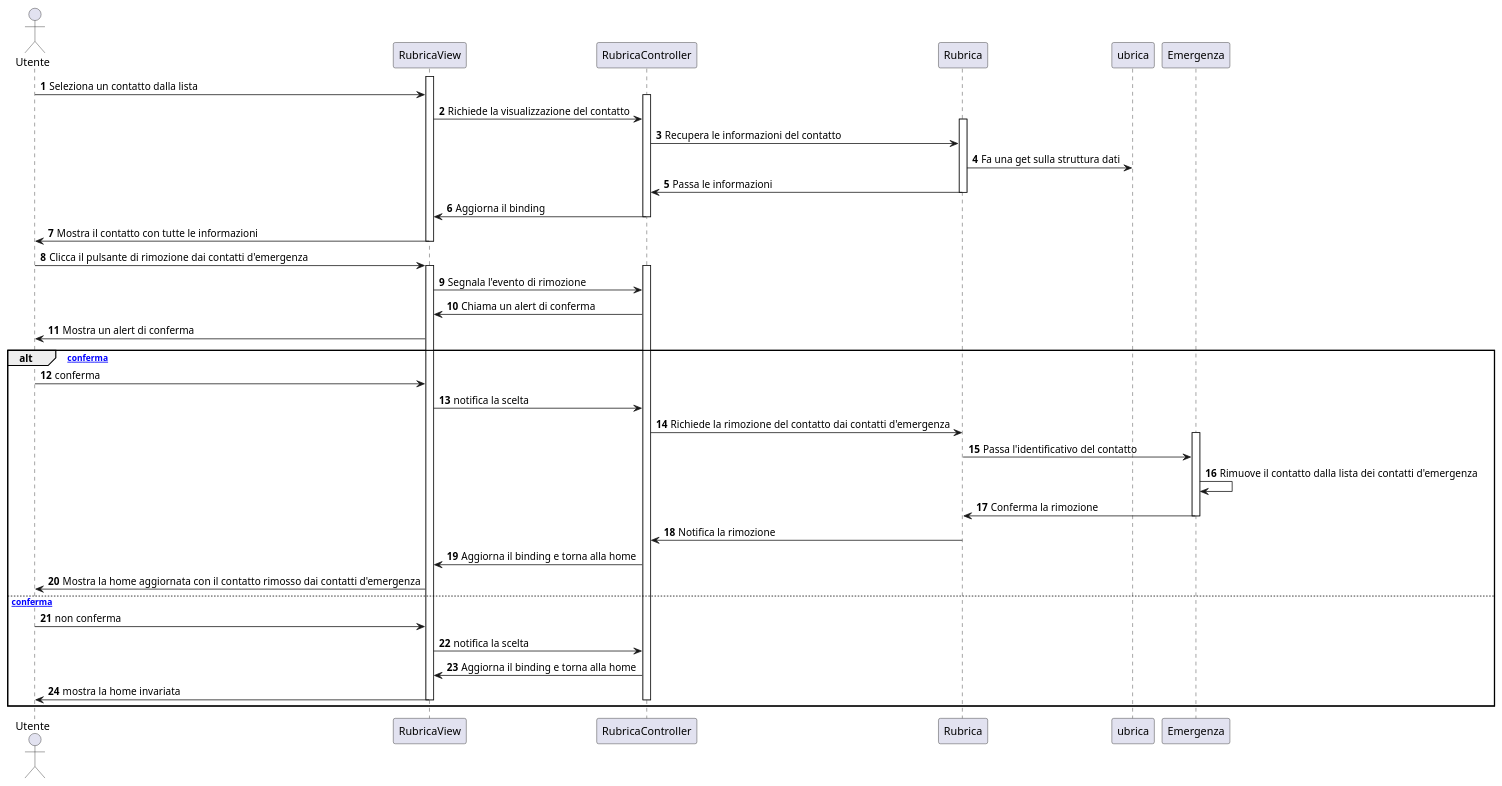
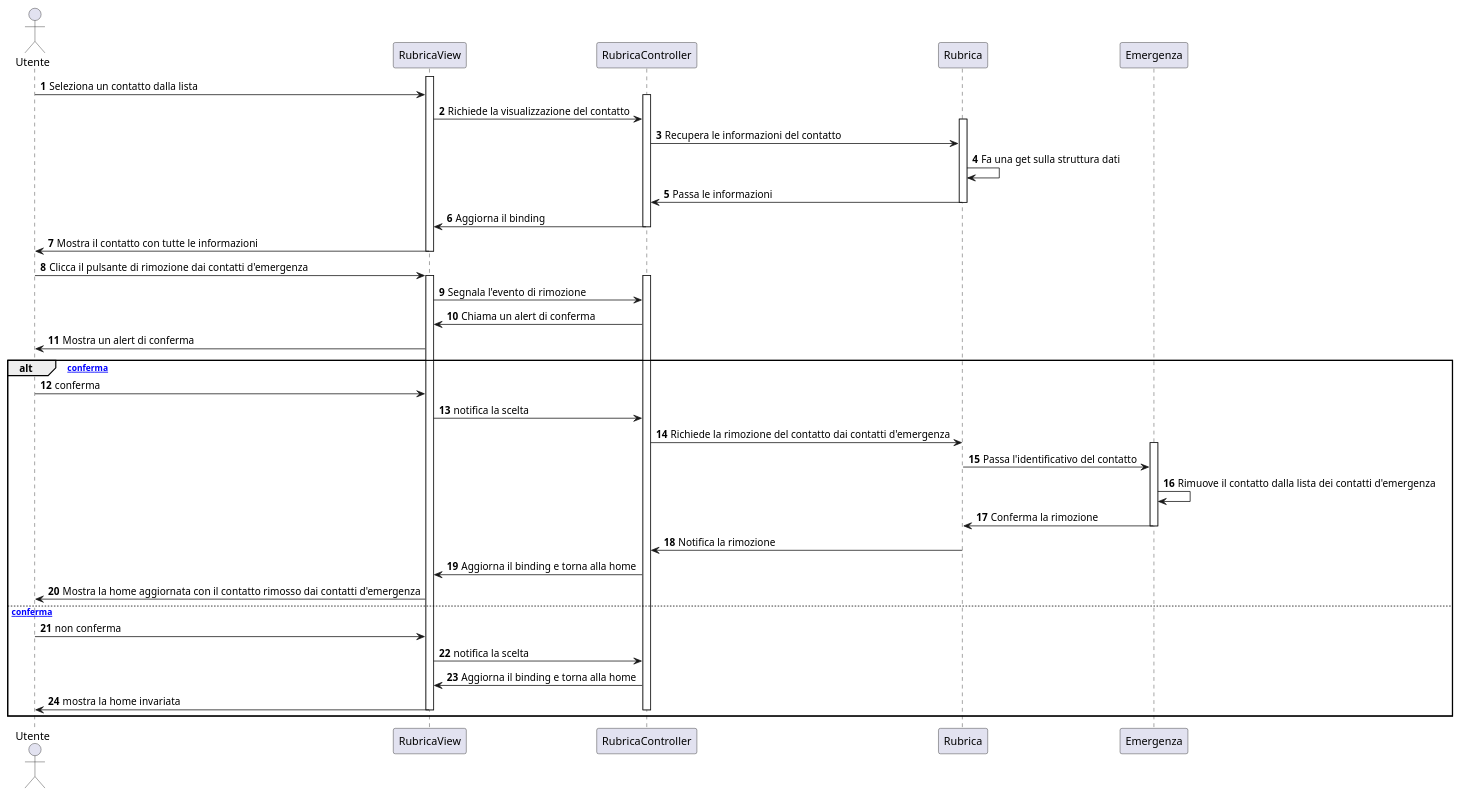
One commit to emanueletocci/uni-swe-project changed the diagram in docs/bozze/Diagrammi/Sequenza/ScenarioRimuoviEmergenza.puml. Above: the diagram before and after it, drawn with PlantUML. The commit also changed 9 other files, not shown here.

Commit message:
Aggiornamento codice uml

```diff
--- a/docs/bozze/Diagrammi/Sequenza/ScenarioRimuoviEmergenza.puml
+++ b/docs/bozze/Diagrammi/Sequenza/ScenarioRimuoviEmergenza.puml
@@ -1,48 +1,51 @@
 @startuml
-'https://plantuml.com/sequence-diagram
 autonumber
 actor Utente
+participant RubricaView
+participant RubricaController
+participant Rubrica
+participant Emergenza
 
 activate RubricaView
 Utente->RubricaView : Seleziona un contatto dalla lista
 activate RubricaController
 RubricaView->RubricaController : Richiede la visualizzazione del contatto
 activate Rubrica
 RubricaController ->Rubrica : Recupera le informazioni del contatto
-Rubrica->ubrica : Fa una get sulla struttura dati
+Rubrica->Rubrica : Fa una get sulla struttura dati
 Rubrica->RubricaController : Passa le informazioni
 deactivate Rubrica
 RubricaController->RubricaView : Aggiorna il binding
 deactivate RubricaController
 RubricaView->Utente : Mostra il contatto con tutte le informazioni
 deactivate RubricaView
 
 Utente->RubricaView : Clicca il pulsante di rimozione dai contatti d'emergenza
 activate RubricaView
 activate RubricaController
 RubricaView->RubricaController : Segnala l'evento di rimozione
 RubricaController->RubricaView: Chiama un alert di conferma
 RubricaView->Utente: Mostra un alert di conferma
 
 alt [conferma]
     Utente->RubricaView:conferma
     RubricaView->RubricaController: notifica la scelta
     RubricaController->Rubrica : Richiede la rimozione del contatto dai contatti d'emergenza
     activate Emergenza
     Rubrica->Emergenza : Passa l'identificativo del contatto
     Emergenza->Emergenza : Rimuove il contatto dalla lista dei contatti d'emergenza
     Emergenza->Rubrica : Conferma la rimozione
     deactivate Emergenza
     Rubrica->RubricaController : Notifica la rimozione
     RubricaController->RubricaView : Aggiorna il binding e torna alla home
     RubricaView->Utente : Mostra la home aggiornata con il contatto rimosso dai contatti d'emergenza
 else [non conferma]
     Utente->RubricaView:non conferma
     RubricaView->RubricaController: notifica la scelta
     RubricaController->RubricaView: Aggiorna il binding e torna alla home
     RubricaView->Utente: mostra la home invariata
     deactivate RubricaController
     deactivate RubricaView
 end
 
 @enduml
```
